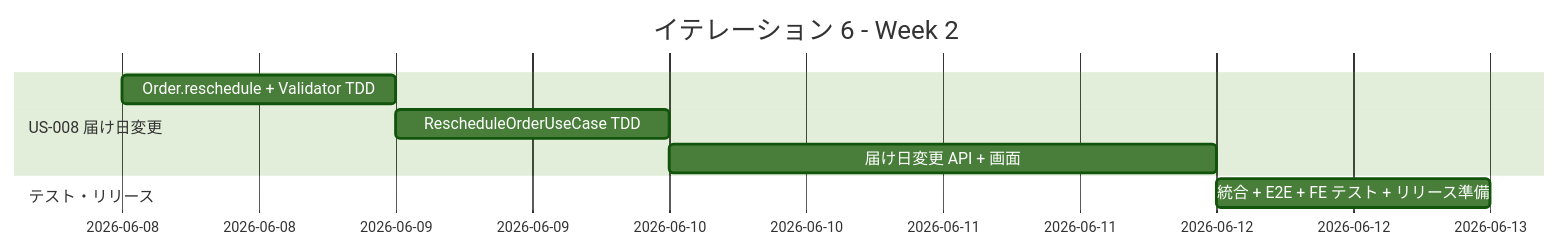
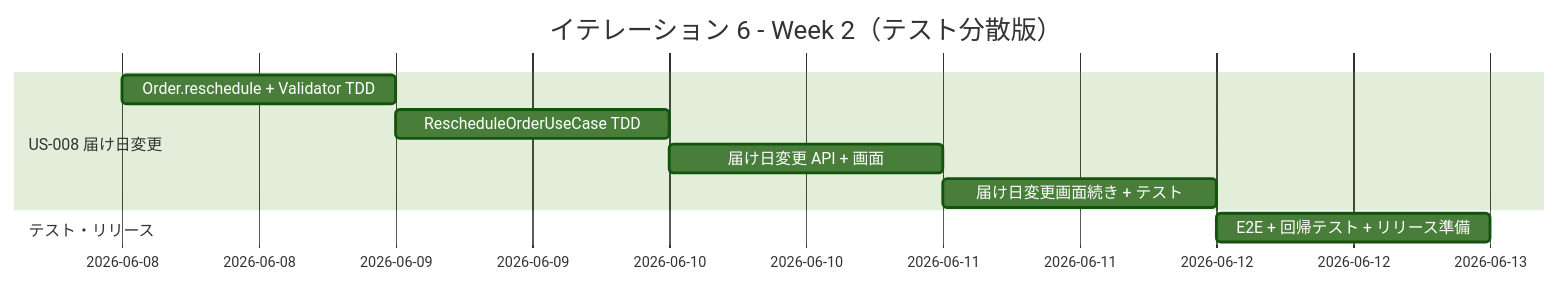
One commit to k2works/case-study-sdd-development changed the second of 4 diagrams in docs/development/iteration_plan-6.md. Above: the diagram before and after it, drawn with Mermaid (forest theme). The commit also changed other lines of this file, not shown here.

````diff
--- a/docs/development/iteration_plan-6.md
+++ b/docs/development/iteration_plan-6.md
@@ -187,11 +194,12 @@
 ```mermaid
 gantt
-    title イテレーション 6 - Week 2
+    title イテレーション 6 - Week 2（テスト分散版）
     dateFormat  YYYY-MM-DD
     section US-008 届け日変更
     Order.reschedule + Validator TDD      :a1, 2026-06-08, 1d
     RescheduleOrderUseCase TDD            :a2, after a1, 1d
-    届け日変更 API + 画面                 :a3, 2026-06-10, 2d
+    届け日変更 API + 画面                 :a3, 2026-06-10, 1d
+    届け日変更画面続き + テスト           :a4, after a3, 1d
     section テスト・リリース
-    統合 + E2E + FE テスト + リリース準備 :t1, 2026-06-12, 1d
+    E2E + 回帰テスト + リリース準備      :t1, 2026-06-12, 1d
 ```
````
